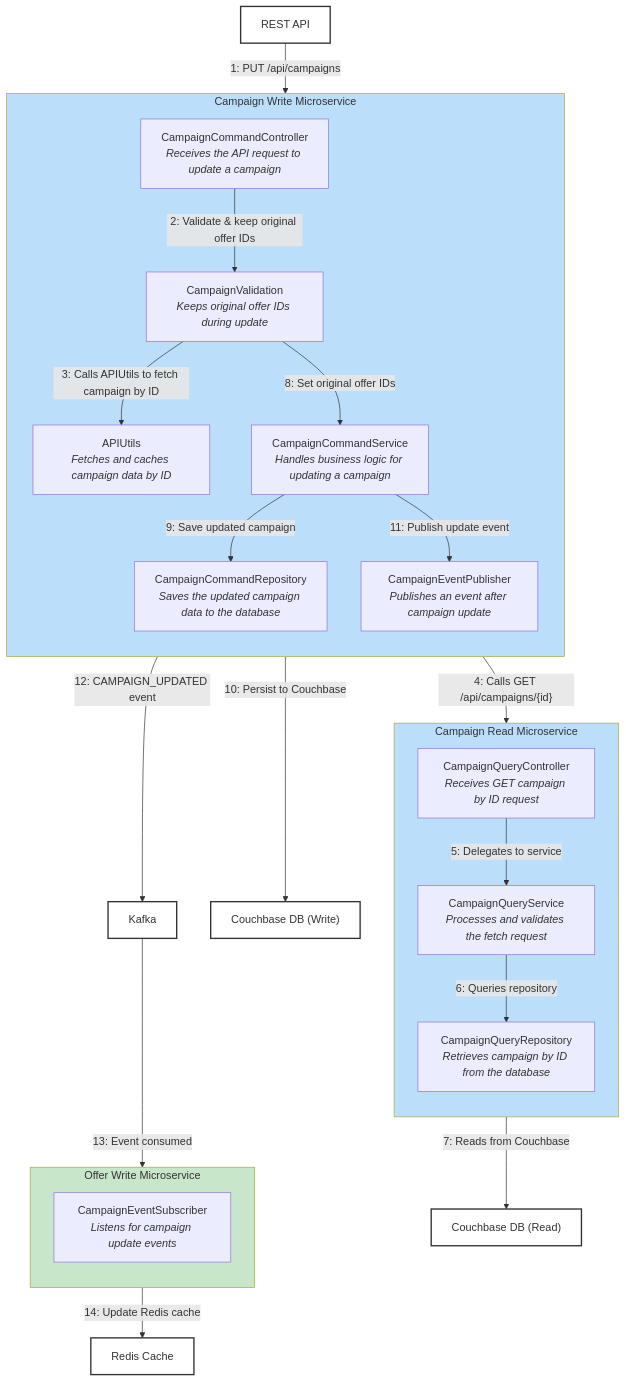
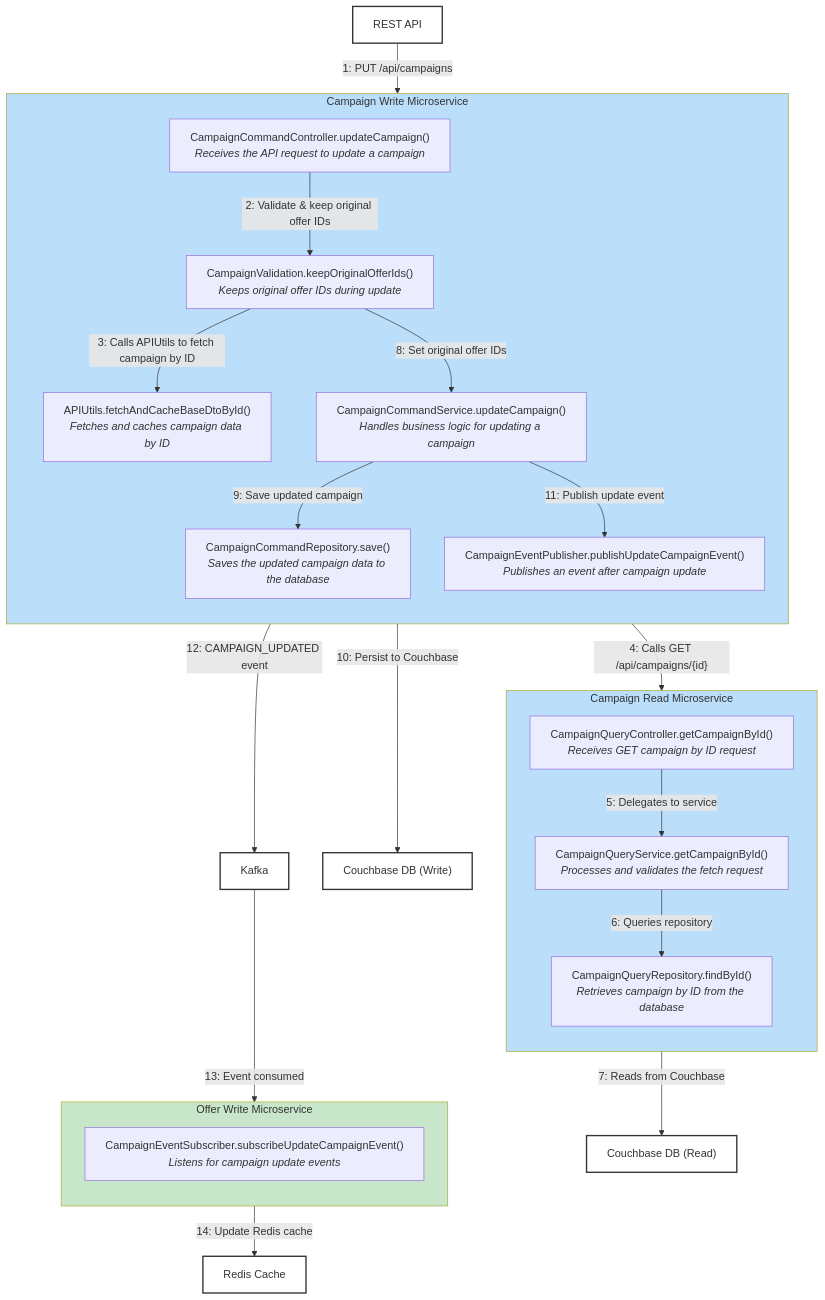
The diagram in _readme_assets/update_campaign.mermaid (aakashkumar1980/apps-microservices), drawn with Mermaid before and after one commit.

Commit message:
updated and refactored

```diff
--- a/_readme_assets/update_campaign.mermaid
+++ b/_readme_assets/update_campaign.mermaid
@@ -1,58 +1,58 @@
 ---
 config:
   layout: dagre
 ---
 flowchart TD
     subgraph subGraph4["Campaign Write Microservice"]
         direction TB
-        c1["CampaignCommandController<br/><i>Receives the API request to update a campaign</i>"]
-        v1["CampaignValidation<br/><i>Keeps original offer IDs during update</i>"]
-        u1["APIUtils<br/><i>Fetches and caches campaign data by ID</i>"]
-        s1["CampaignCommandService<br/><i>Handles business logic for updating a campaign</i>"]
-        r1["CampaignCommandRepository<br/><i>Saves the updated campaign data to the database</i>"]
-        e1["CampaignEventPublisher<br/><i>Publishes an event after campaign update</i>"]
+        c1["CampaignCommandController.updateCampaign()<br/><i>Receives the API request to update a campaign</i>"]
+        v1["CampaignValidation.keepOriginalOfferIds()<br/><i>Keeps original offer IDs during update</i>"]
+        u1["APIUtils.fetchAndCacheBaseDtoById()<br/><i>Fetches and caches campaign data by ID</i>"]
+        s1["CampaignCommandService.updateCampaign()<br/><i>Handles business logic for updating a campaign</i>"]
+        r1["CampaignCommandRepository.save()<br/><i>Saves the updated campaign data to the database</i>"]
+        e1["CampaignEventPublisher.publishUpdateCampaignEvent()<br/><i>Publishes an event after campaign update</i>"]
     end
     subgraph subGraph5["Campaign Read Microservice"]
         direction TB
-        cr1["CampaignQueryController<br/><i>Receives GET campaign by ID request</i>"]
-        crs1["CampaignQueryService<br/><i>Processes and validates the fetch request</i>"]
-        crr1["CampaignQueryRepository<br/><i>Retrieves campaign by ID from the database</i>"]
+        cr1["CampaignQueryController.getCampaignById()<br/><i>Receives GET campaign by ID request</i>"]
+        crs1["CampaignQueryService.getCampaignById()<br/><i>Processes and validates the fetch request</i>"]
+        crr1["CampaignQueryRepository.findById()<br/><i>Retrieves campaign by ID from the database</i>"]
     end
     subgraph subGraph7["Offer Write Microservice"]
         direction TB
-        oesub["CampaignEventSubscriber<br/><i>Listens for campaign update events</i>"]
+        oesub["CampaignEventSubscriber.subscribeUpdateCampaignEvent()<br/><i>Listens for campaign update events</i>"]
     end
     postman["REST API"]
     couchbase_write["Couchbase DB (Write)"]
     couchbase_read["Couchbase DB (Read)"]
     kafka["Kafka"]
     redis["Redis Cache"]
 
     postman -- "1: PUT /api/campaigns" --> c1
     c1 -- "2: Validate & keep original offer IDs" --> v1
     v1 -- "3: Calls APIUtils to fetch campaign by ID" --> u1
     u1 -- "4: Calls GET /api/campaigns/{id}" --> cr1
     cr1 -- "5: Delegates to service" --> crs1
     crs1 -- "6: Queries repository" --> crr1
     crr1 -- "7: Reads from Couchbase" --> couchbase_read
     v1 -- "8: Set original offer IDs" --> s1
     s1 -- "9: Save updated campaign" --> r1
     r1 -- "10: Persist to Couchbase" --> couchbase_write
     s1 -- "11: Publish update event" --> e1
     e1 -- "12: CAMPAIGN_UPDATED event" --> kafka
     kafka -- "13: Event consumed" --> oesub
     oesub -- "14: Update Redis cache" --> redis
 
     %% Styling
     postman:::ext
     couchbase_write:::ext
     couchbase_read:::ext
     kafka:::ext
     redis:::ext
     classDef ext fill:#fff,stroke:#333,stroke-width:2px
     style subGraph4 fill:#BBDEFB
     style subGraph5 fill:#BBDEFB
     style subGraph7 fill:#C8E6C9
 
     %% Notes:
     %% Mermaid does not support images, 3D effects, or advanced shading in nodes.
```
